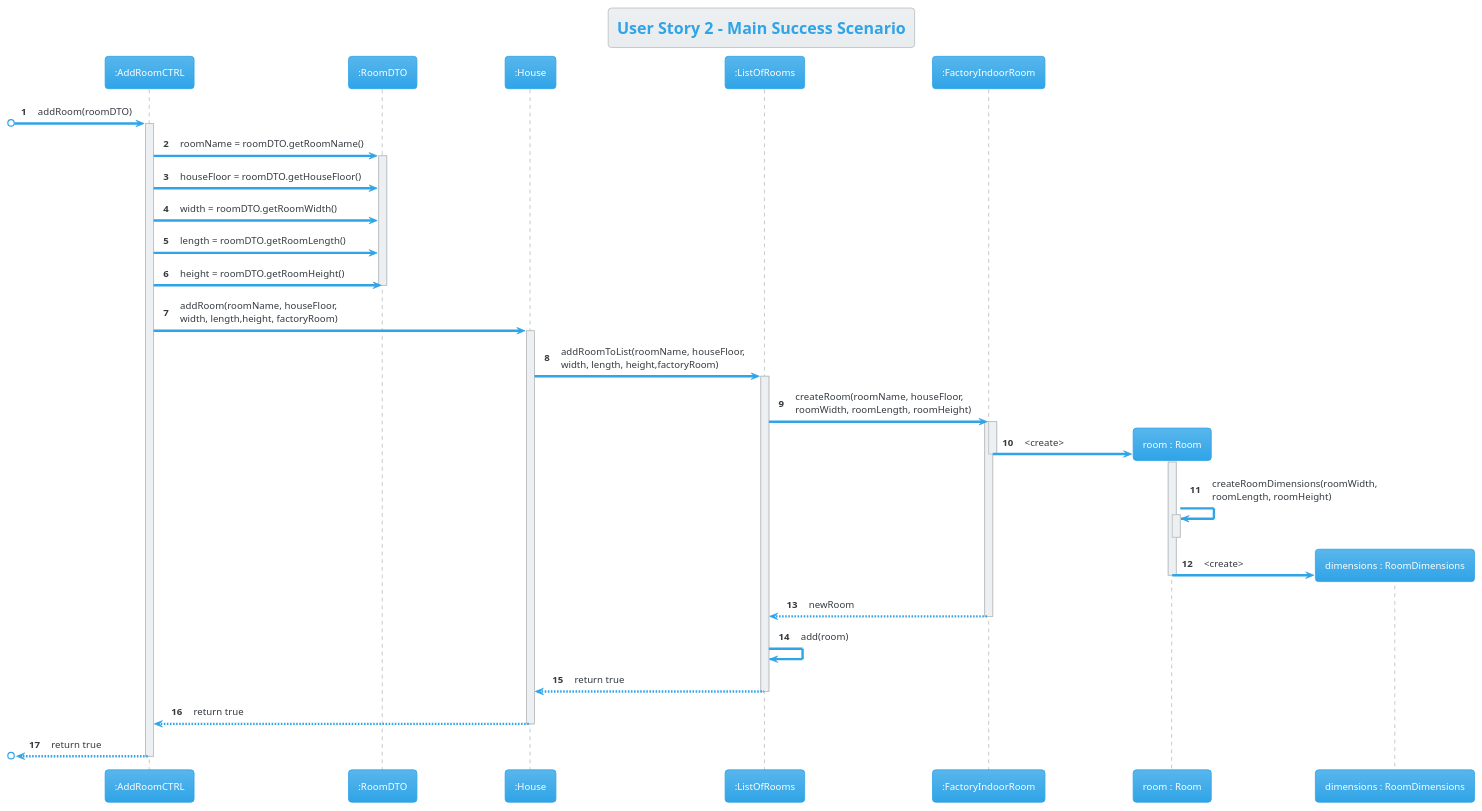
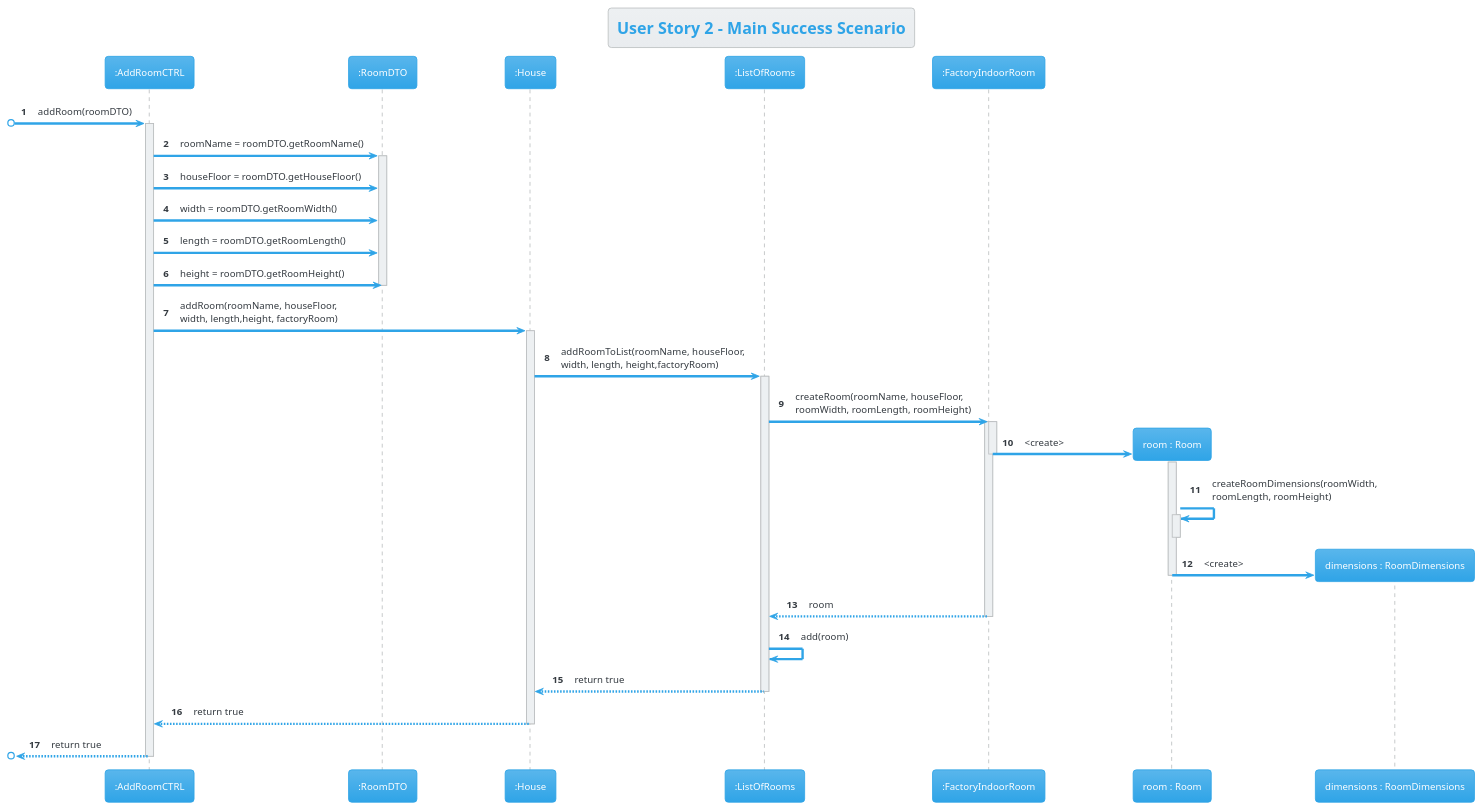
Before and after one commit to AfonsoNeves77/smartHouse: the diagram in Docs/US02/S3US02SequenceDiagram.puml, drawn with PlantUML. The commit also changed 3 other files, not shown here.

Commit message:
Team review (Minor corrections to class and sequence diagrams) (US1,US2,US5V2)

```diff
--- a/Docs/US02/S3US02SequenceDiagram.puml
+++ b/Docs/US02/S3US02SequenceDiagram.puml
@@ -1,48 +1,48 @@
 @startuml
 !theme cerulean
 autonumber
 title User Story 2 - Main Success Scenario
 participant ":AddRoomCTRL" as C
 participant ":RoomDTO" as dto
 participant ":House" as H
 participant ":ListOfRooms" as LOR
 participant ":FactoryIndoorRoom" as FR
 participant "room : Room" as R
 participant "dimensions : RoomDimensions" as RD
 skinparam ParticipantPadding 50
 
 [o-> C : addRoom(roomDTO)
 activate C
 C -> dto : roomName = roomDTO.getRoomName()
 activate dto
 C -> dto : houseFloor = roomDTO.getHouseFloor()
 C -> dto : width = roomDTO.getRoomWidth()
 C -> dto : length = roomDTO.getRoomLength()
 C -> dto : height = roomDTO.getRoomHeight()
 deactivate dto
 C -> H : addRoom(roomName, houseFloor, \nwidth, length,height, factoryRoom)
 activate H
 H -> LOR : addRoomToList(roomName, houseFloor, \nwidth, length, height,factoryRoom)
 activate LOR
 LOR -> FR : createRoom(roomName, houseFloor, \nroomWidth, roomLength, roomHeight)
 activate FR
 Activate FR
 FR -> R** : <create>
 deactivate FR
 activate R
 R -> R : createRoomDimensions(roomWidth,\nroomLength, roomHeight)
 activate R
 deactivate R
 R -> RD** : <create>
 deactivate R
-FR --> LOR : newRoom
+FR --> LOR : room
 deactivate FR
 LOR -> LOR : add(room)
 LOR --> H : return true
 
 deactivate LOR
 H --> C : return true
 deactivate H
 [o<-- C : return true
 deactivate C
 @enduml
```
